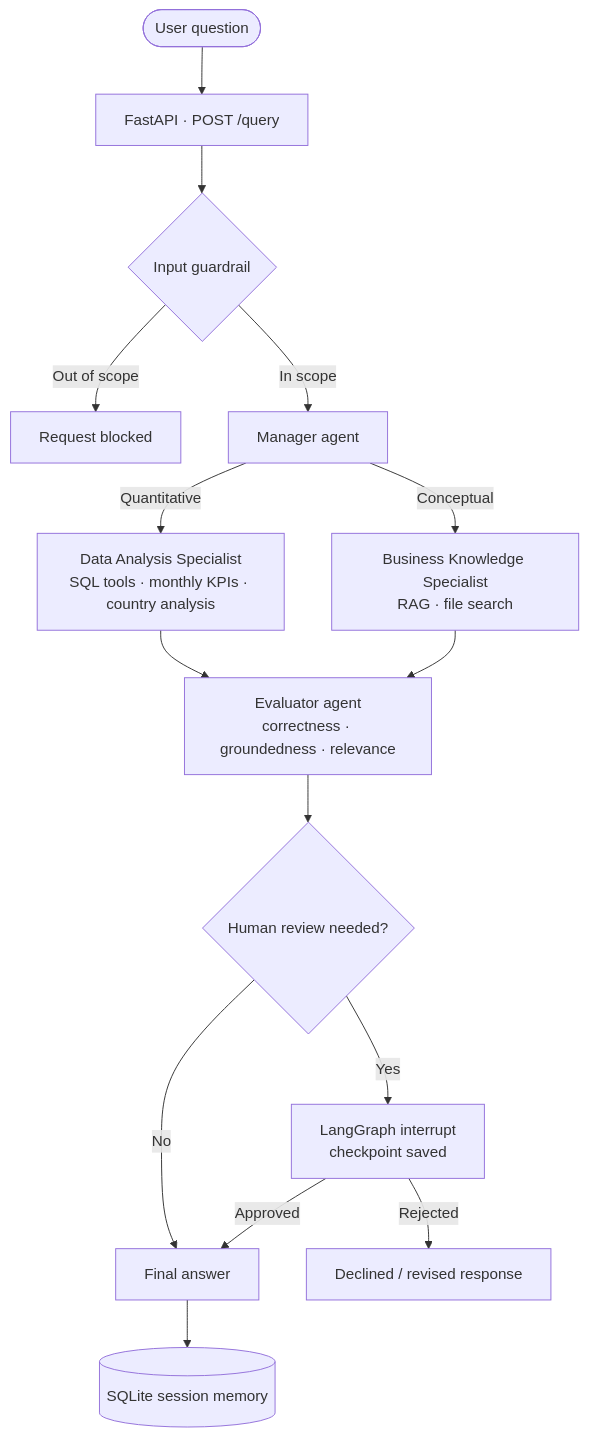
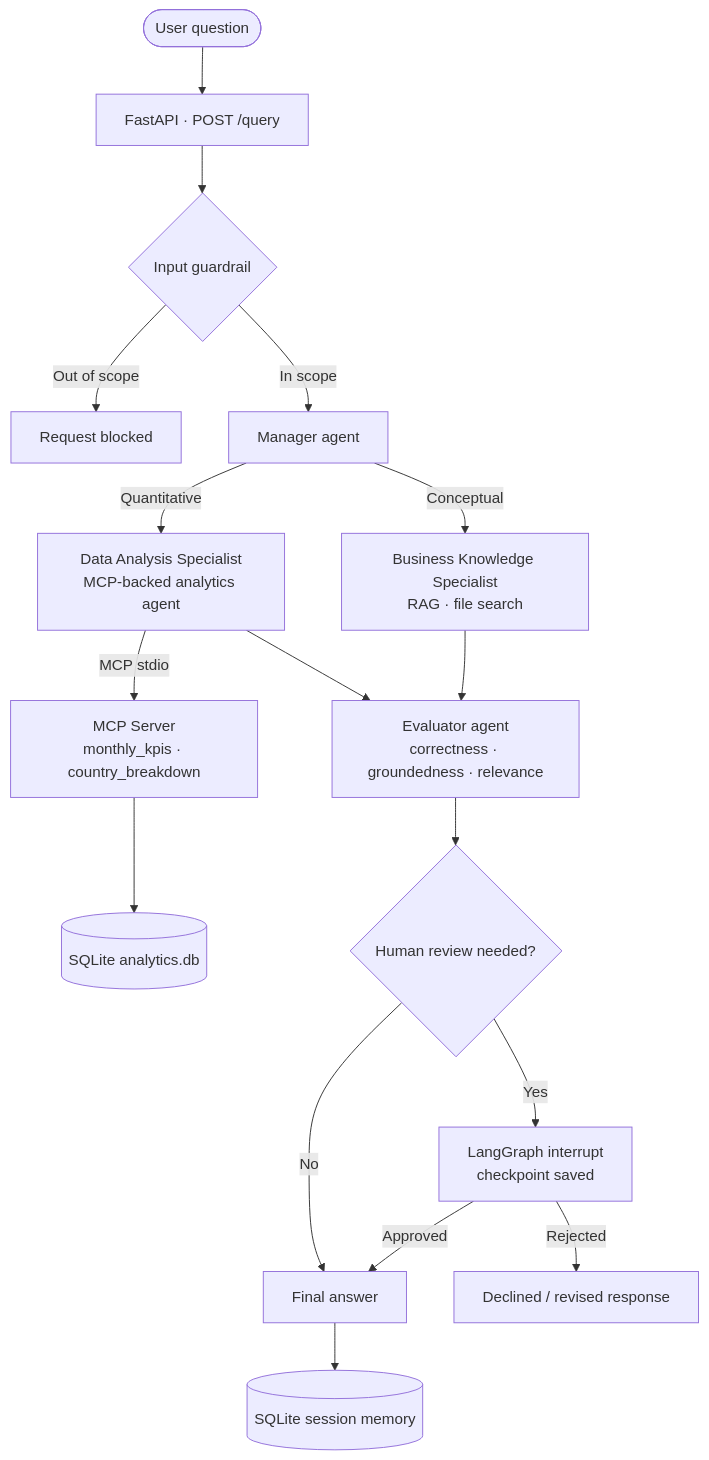
One commit to VasavyaKandala99/agentic_financial_analytics_assistant changed the diagram in README.md. Above: the diagram before and after it, drawn with Mermaid. The commit also changed other lines of this file, not shown here.

Commit message:
Update README with MCP architecture and usage

````diff
--- a/README.md
+++ b/README.md
@@ -33,17 +40,19 @@
 ```mermaid
 flowchart TD
     U([User question]) --> API[FastAPI · POST /query]
     API --> G{Input guardrail}
     G -->|Out of scope| R[Request blocked]
     G -->|In scope| M[Manager agent]
-    M -->|Quantitative| D[Data Analysis Specialist<br/>SQL tools · monthly KPIs · country analysis]
+    M -->|Quantitative| D[Data Analysis Specialist<br/>MCP-backed analytics agent]
+    D -->|MCP stdio| MCP[MCP Server<br/>monthly_kpis · country_breakdown]
+    MCP --> DB[(SQLite analytics.db)]
     M -->|Conceptual| K[Business Knowledge Specialist<br/>RAG · file search]
     D --> E[Evaluator agent<br/>correctness · groundedness · relevance]
     K --> E
     E --> H{Human review needed?}
     H -->|No| A[Final answer]
     H -->|Yes| I[LangGraph interrupt<br/>checkpoint saved]
     I -->|Approved| A
     I -->|Rejected| A2[Declined / revised response]
     A --> S[(SQLite session memory)]
 ```
````
